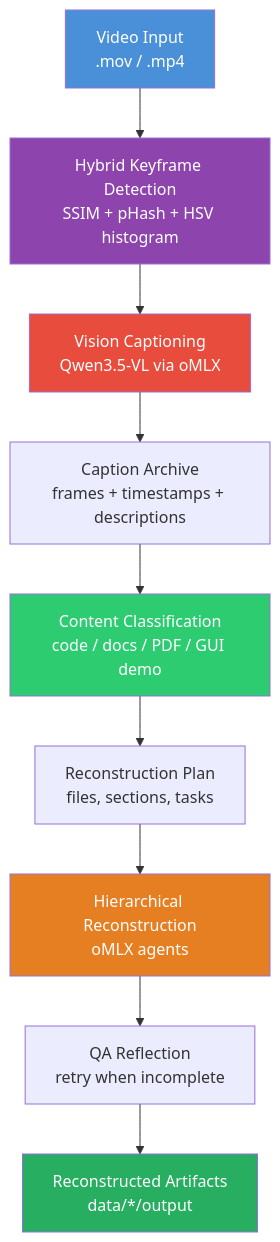
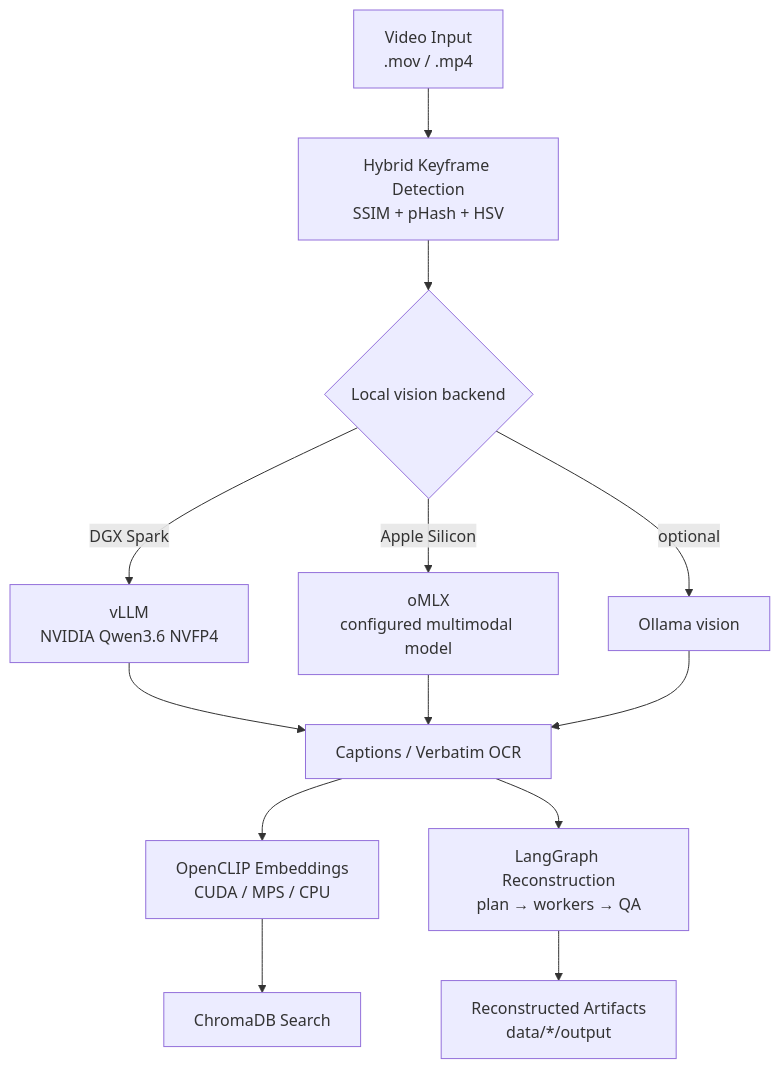
The diagram in README.md (sw30labs/screen-lens), drawn with Mermaid before and after one commit. The commit also changed other lines of this file and 24 other files, not shown here.

Commit message:
feat(dgx): port ScreenLens to DGX Spark

````diff
--- a/README.md
+++ b/README.md
@@ -19,18 +19,15 @@
 ```mermaid
 graph TD
-    A[Video Input<br/>.mov / .mp4] --> B[Hybrid Keyframe Detection<br/>SSIM + pHash + HSV histogram]
-    B --> C[Vision Captioning<br/>Qwen3.5-VL via oMLX]
-    C --> D[Caption Archive<br/>frames + timestamps + descriptions]
-    D --> E[Content Classification<br/>code / docs / PDF / GUI demo]
-    E --> F[Reconstruction Plan<br/>files, sections, tasks]
-    F --> G[Hierarchical Reconstruction<br/>oMLX agents]
-    G --> H[QA Reflection<br/>retry when incomplete]
-    H --> I[Reconstructed Artifacts<br/>data/*/output]
-
-    style A fill:#4a90d9,color:#fff
-    style B fill:#8e44ad,color:#fff
-    style C fill:#e74c3c,color:#fff
-    style E fill:#2ecc71,color:#fff
-    style G fill:#e67e22,color:#fff
-    style I fill:#27ae60,color:#fff
+    A[Video Input<br/>.mov / .mp4] --> B[Hybrid Keyframe Detection<br/>SSIM + pHash + HSV]
+    B --> C{Local vision backend}
+    C -->|DGX Spark| D[vLLM<br/>NVIDIA Qwen3.6 NVFP4]
+    C -->|Apple Silicon| E[oMLX<br/>configured multimodal model]
+    C -->|optional| F[Ollama vision]
+    D --> G[Captions / Verbatim OCR]
+    E --> G
+    F --> G
+    G --> H[OpenCLIP Embeddings<br/>CUDA / MPS / CPU]
+    H --> I[ChromaDB Search]
+    G --> J[LangGraph Reconstruction<br/>plan → workers → QA]
+    J --> K[Reconstructed Artifacts<br/>data/*/output]
 ```
````
